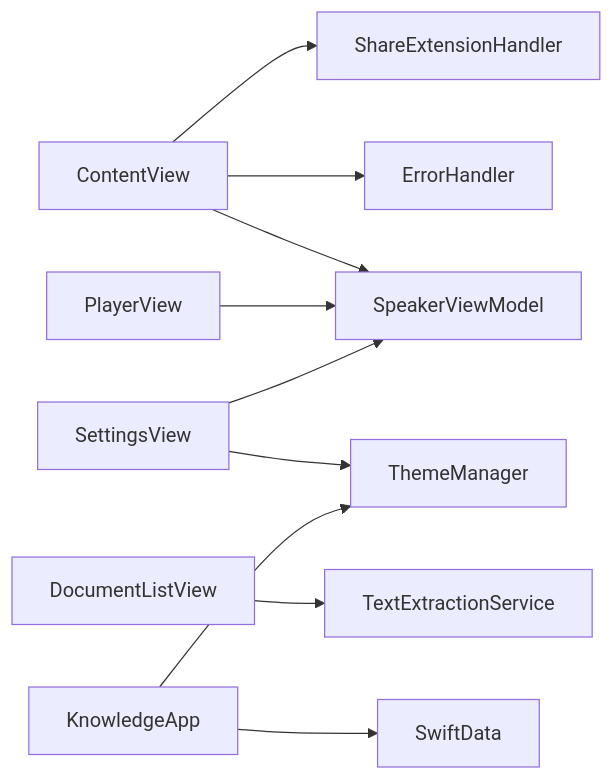
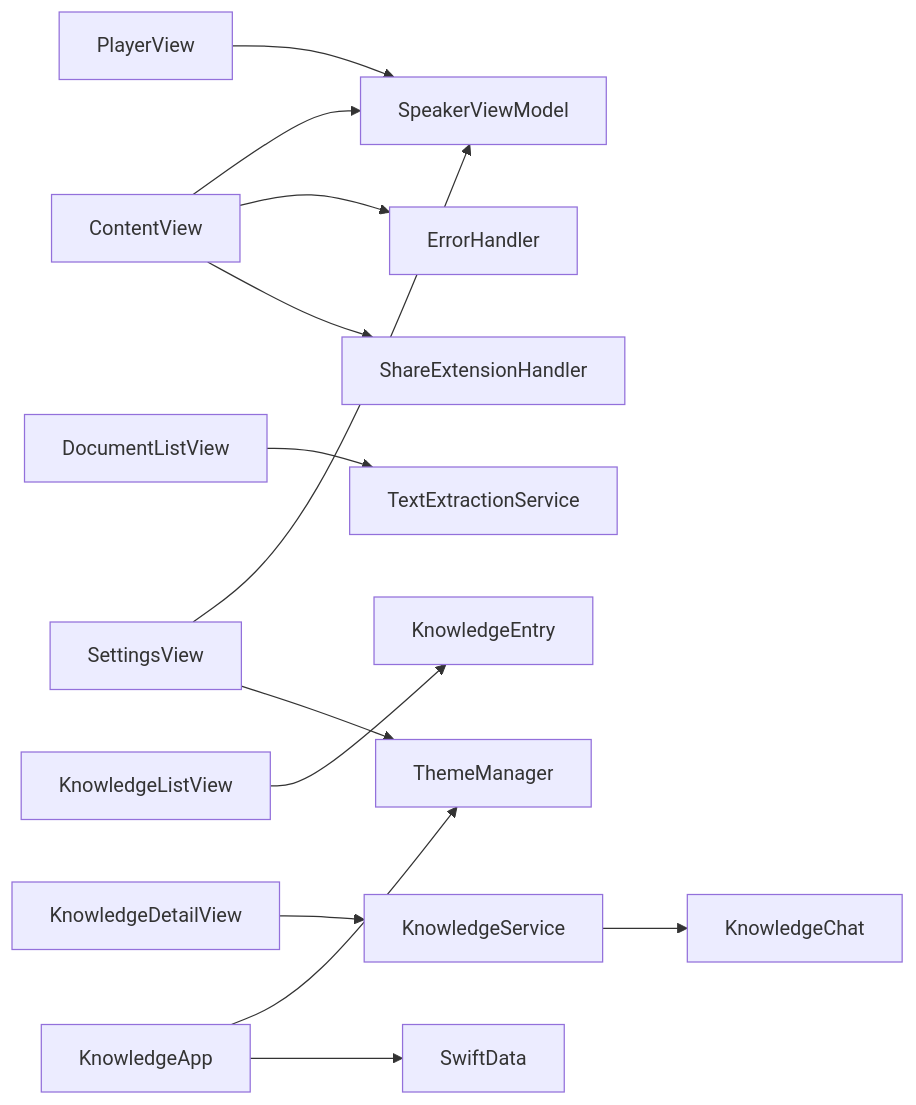
One commit to Primoguo/Knowledge changed the seventh of 7 diagrams in .qoder/repowiki/zh/content/用户界面设计/主导航架构.md. Above: the diagram before and after it, drawn with Mermaid. The commit also changed other lines of this file and 24 other files, not shown here.

````diff
--- a/.qoder/repowiki/zh/content/用户界面设计/主导航架构.md
+++ b/.qoder/repowiki/zh/content/用户界面设计/主导航架构.md
@@ -326,12 +429,15 @@
 ```mermaid
 graph LR
 ContentView --> SpeakerViewModel
 ContentView --> ErrorHandler
 ContentView --> ShareExtensionHandler
 DocumentListView --> TextExtractionService
 PlayerView --> SpeakerViewModel
+KnowledgeListView --> KnowledgeEntry
+KnowledgeDetailView --> KnowledgeService
+KnowledgeService --> KnowledgeChat
 SettingsView --> SpeakerViewModel
 SettingsView --> ThemeManager
 KnowledgeApp --> ThemeManager
 KnowledgeApp --> SwiftData
 ```
````
